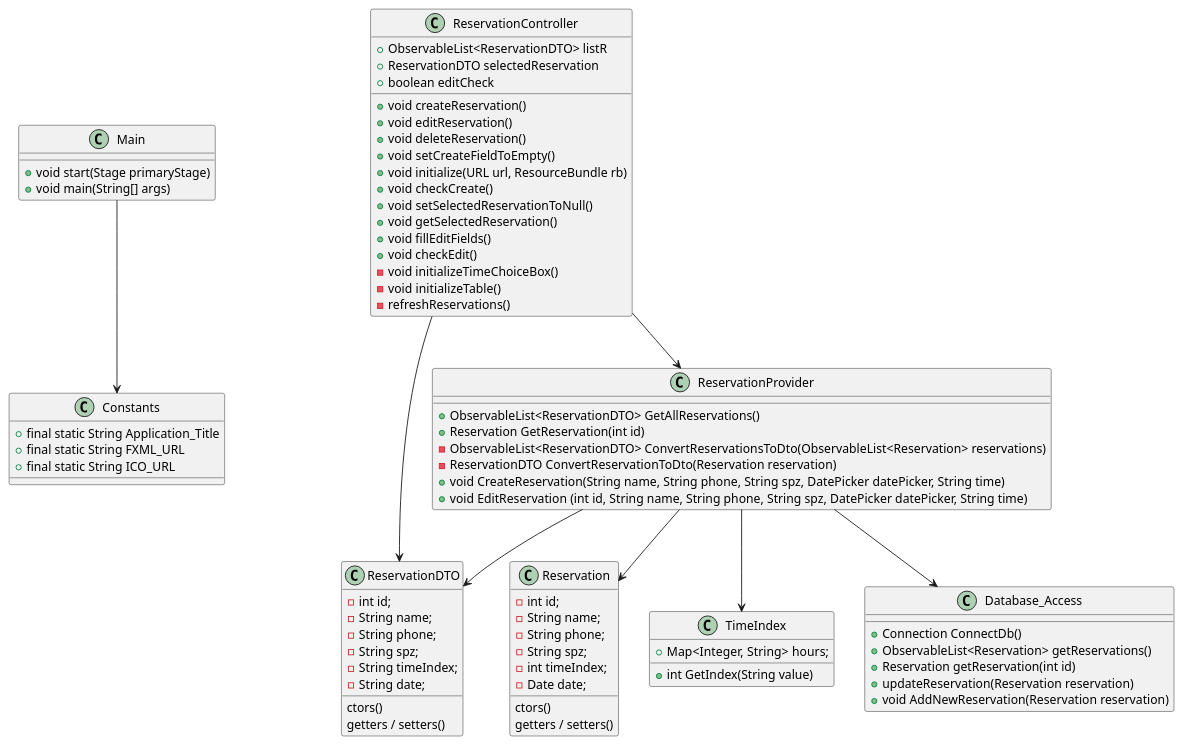
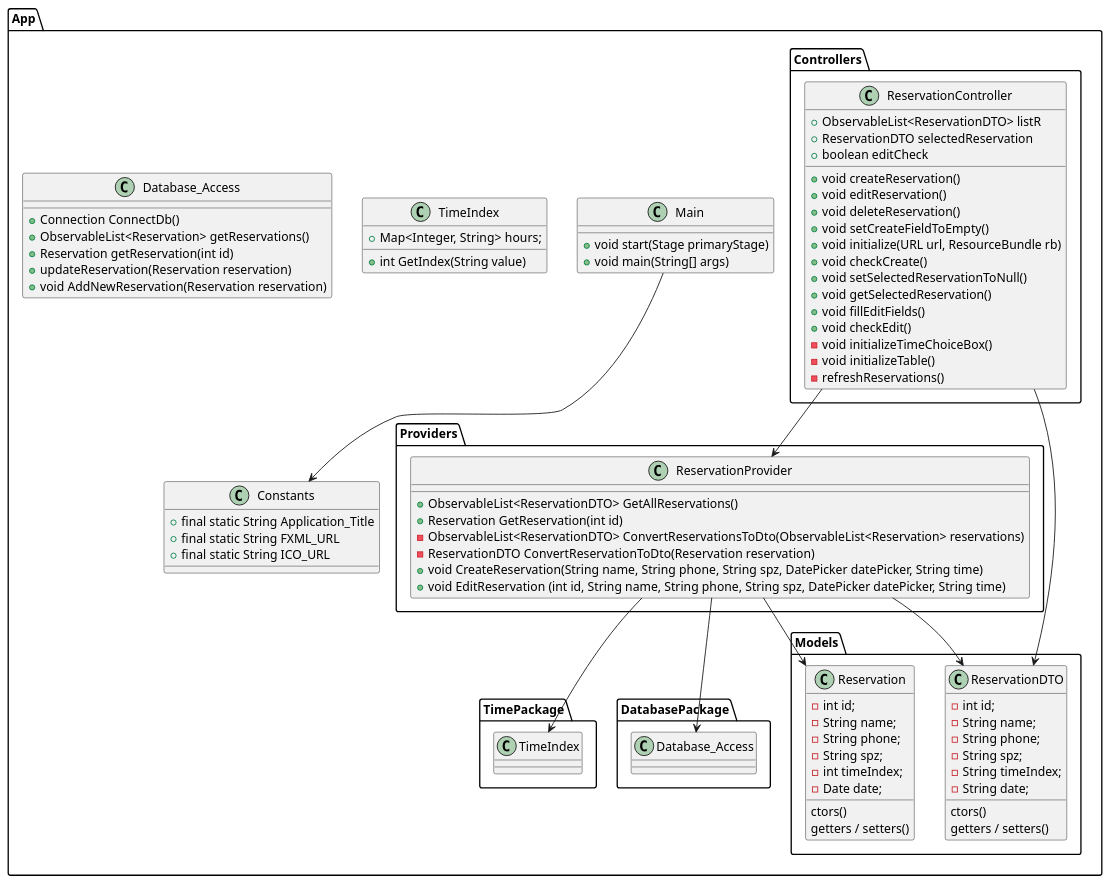
Before and after one commit to heggy98/swinzrepository: the diagram in CSAA/out/production/CSAA/sample/Class Diagram.puml, drawn with PlantUML. The commit also changed 17 other files, not shown here.

```diff
--- a/CSAA/out/production/CSAA/sample/Class Diagram.puml
+++ b/CSAA/out/production/CSAA/sample/Class Diagram.puml
@@ -1,91 +1,125 @@
 @startuml
 
+
+
+
+package App{
+
 Main --> Constants
-ReservationController --> ReservationProvider
-ReservationController --> ReservationDTO
-ReservationProvider --> Reservation
-ReservationProvider --> ReservationDTO
-ReservationProvider --> TimeIndex
-ReservationProvider --> Database_Access
+
+
 
 class Main{
 + void start(Stage primaryStage)
 + void main(String[] args)
 }
+
+class Constants{
++ final static String Application_Title
++ final static String FXML_URL
++ final static String ICO_URL
+}
+
+package Controllers{
 
 class ReservationController {
 + ObservableList<ReservationDTO> listR
 + ReservationDTO selectedReservation
 + boolean editCheck
 + void createReservation()
 + void editReservation()
 + void deleteReservation()
 + void setCreateFieldToEmpty()
 + void initialize(URL url, ResourceBundle rb)
 + void checkCreate()
 + void setSelectedReservationToNull()
 + void getSelectedReservation()
 + void fillEditFields()
 + void checkEdit()
 - void initializeTimeChoiceBox()
 - void initializeTable()
 - refreshReservations()
 }
 
-class Constants{
-+ final static String Application_Title
-+ final static String FXML_URL
-+ final static String ICO_URL
 }
+
+package Providers{
+
+class ReservationProvider{
++ ObservableList<ReservationDTO> GetAllReservations()
++ Reservation GetReservation(int id)
+- ObservableList<ReservationDTO> ConvertReservationsToDto(ObservableList<Reservation> reservations)
+- ReservationDTO ConvertReservationToDto(Reservation reservation)
++ void CreateReservation(String name, String phone, String spz, DatePicker datePicker, String time)
++ void EditReservation (int id, String name, String phone, String spz, DatePicker datePicker, String time)
+}
+ReservationController --> ReservationProvider
+
+}
+
+package TimePackage{
+ReservationProvider --> TimeIndex
+}
+
+package DatabasePackage{
+ReservationProvider --> Database_Access
+}
+
+
+
+
+
+
+package Models{
 
 class ReservationDTO {
 - int id;
 - String name;
 - String phone;
 - String spz;
 - String timeIndex;
 - String date;
 
 ctors()
 getters / setters()
 }
 
 class Reservation {
 - int id;
 - String name;
 - String phone;
 - String spz;
 - int timeIndex;
 - Date date;
 
 ctors()
 getters / setters()
 }
 
-class ReservationProvider{
-+ ObservableList<ReservationDTO> GetAllReservations()
-+ Reservation GetReservation(int id)
-- ObservableList<ReservationDTO> ConvertReservationsToDto(ObservableList<Reservation> reservations)
-- ReservationDTO ConvertReservationToDto(Reservation reservation)
-+ void CreateReservation(String name, String phone, String spz, DatePicker datePicker, String time)
-+ void EditReservation (int id, String name, String phone, String spz, DatePicker datePicker, String time)
+ReservationProvider --> Reservation
+ReservationProvider --> ReservationDTO
+ReservationController --> ReservationDTO
+
 }
+
+
+
 
 
 class TimeIndex{
 + Map<Integer, String> hours;
 + int GetIndex(String value)
 }
 
 class Database_Access{
 + Connection ConnectDb()
 + ObservableList<Reservation> getReservations()
 + Reservation getReservation(int id)
 + updateReservation(Reservation reservation)
 + void AddNewReservation(Reservation reservation)
 }
 
-
+}
 
 
 @enduml
```
